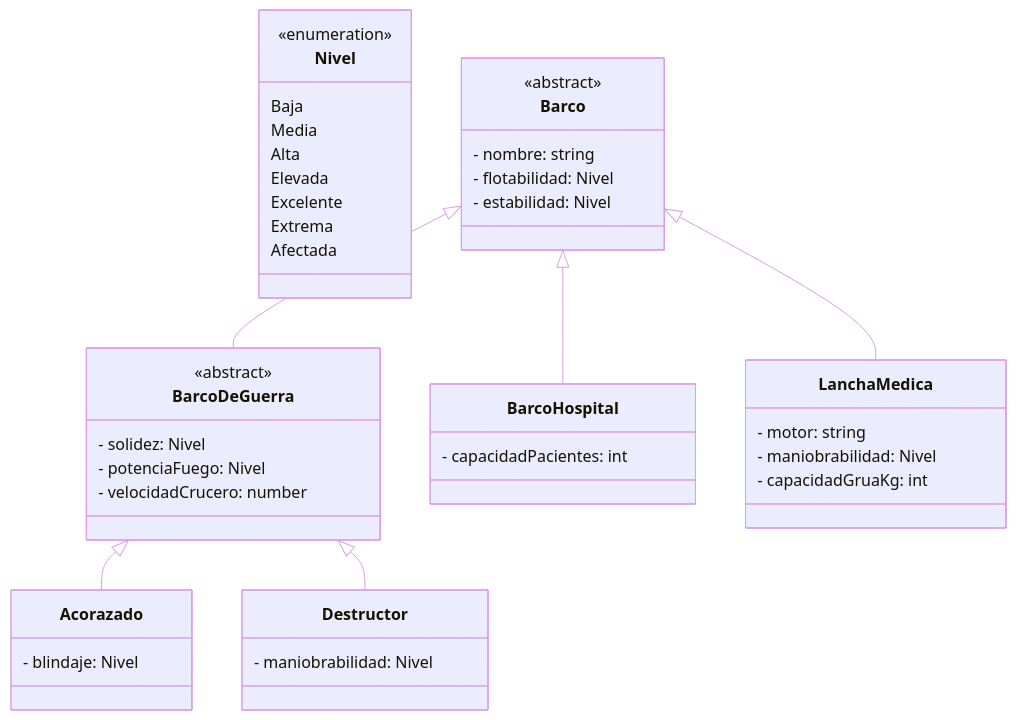
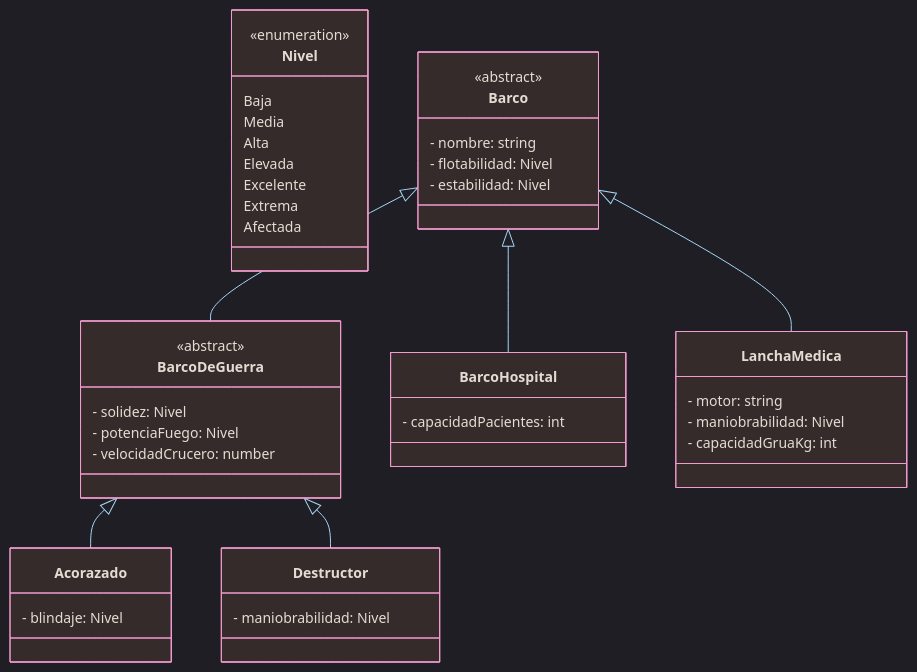
The diagram in bootsrap/src/Ejercicios POO/15_barcos/15_barcos.mmd (Elianayc/Typescript), drawn with Mermaid before and after one commit.

Commit message:
Update Mermaid

```diff
--- a/bootsrap/src/Ejercicios POO/15_barcos/15_barcos.mmd
+++ b/bootsrap/src/Ejercicios POO/15_barcos/15_barcos.mmd
@@ -1,67 +1,47 @@
-
-%%{init: {
-  "theme": "redux dark color",
-  "themeVariables": {
-    "background": "#f0b79d",
-    "primaryTextColor": "#f0e7e3",
-    "lineColor": "#db9de7",
-    "nodeBorder": "#db9de7"
-  }
-}}%%
+%%{init: { 'theme': 'dark', 'themeVariables': { 'background': '#121212', 'lineColor': '#a5d7f7', 'fontFamily': 'Cascadia Code, Fira Code, Consolas, Courier New, monospace', 'fontSize': '14px' } } }%%
 
 classDiagram
-
-%% 🧩 CLASES
-
 class Nivel {
     <<enumeration>>
     Baja
     Media
     Alta
     Elevada
     Excelente
     Extrema
     Afectada
 }
-
 class Barco {
     <<abstract>>
     - nombre: string
     - flotabilidad: Nivel
     - estabilidad: Nivel
 }
-
 class BarcoDeGuerra {
     <<abstract>>
     - solidez: Nivel
     - potenciaFuego: Nivel
     - velocidadCrucero: number
 }
-
 class Acorazado {
     - blindaje: Nivel
 }
-
 class Destructor {
     - maniobrabilidad: Nivel
 }
-
 class BarcoHospital {
     - capacidadPacientes: int
 }
-
 class LanchaMedica {
     - motor: string
     - maniobrabilidad: Nivel
     - capacidadGruaKg: int
 }
-
-
-%% 🔗 RELACIONES
-
 Barco <|-- BarcoDeGuerra
 Barco <|-- BarcoHospital
 Barco <|-- LanchaMedica
-
 BarcoDeGuerra <|-- Acorazado
 BarcoDeGuerra <|-- Destructor
+
+%%Colores de las clases
+classDef default fill:#362b2b,stroke:#f39bce,stroke-width:1px,color:#e4dcd2
```
